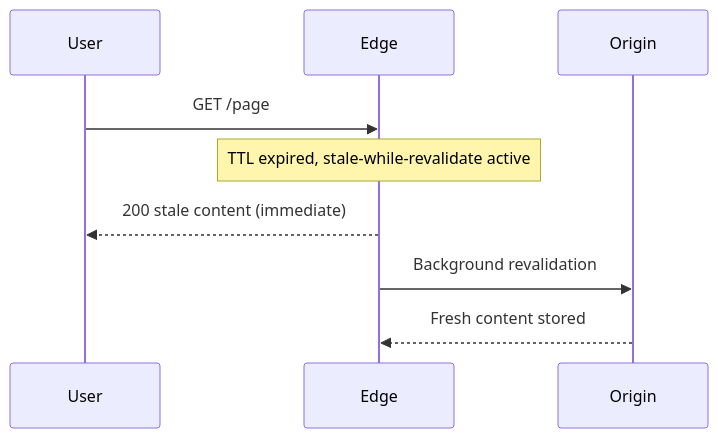
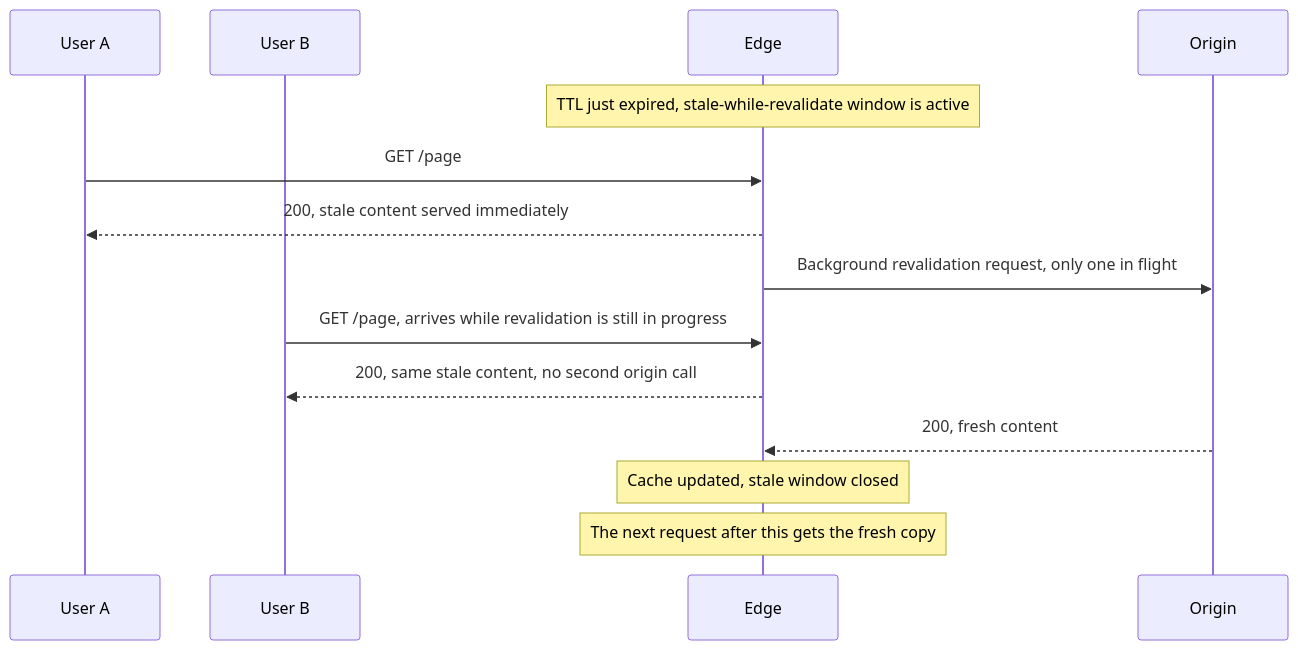
The seventh of 8 diagrams in networking/cdn.md (deepanshu-rawat6/DevOpsIndex), drawn with Mermaid before and after one commit. The commit also changed other lines of this file and 8 other files, not shown here.

````diff
--- a/networking/cdn.md
+++ b/networking/cdn.md
@@ -216,11 +375,17 @@
 ```mermaid
 sequenceDiagram
-    participant U as User
+    participant U1 as User A
+    participant U2 as User B
     participant E as Edge
     participant O as Origin
-    U->>E: GET /page
-    Note over E: TTL expired, stale-while-revalidate active
-    E-->>U: 200 stale content (immediate)
-    E->>O: Background revalidation
-    O-->>E: Fresh content stored
+
+    Note over E: TTL just expired, stale-while-revalidate window is active
+    U1->>E: GET /page
+    E-->>U1: 200, stale content served immediately
+    E->>O: Background revalidation request, only one in flight
+    U2->>E: GET /page, arrives while revalidation is still in progress
+    E-->>U2: 200, same stale content, no second origin call
+    O-->>E: 200, fresh content
+    Note over E: Cache updated, stale window closed
+    Note over E: The next request after this gets the fresh copy
 ```
````
